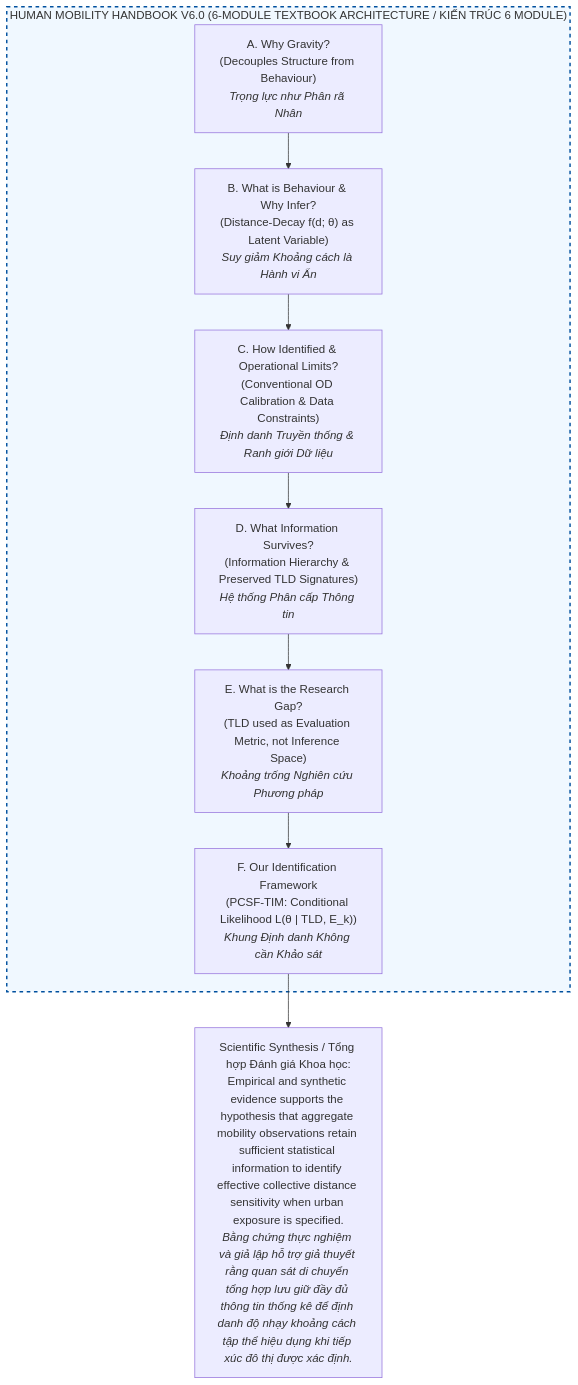
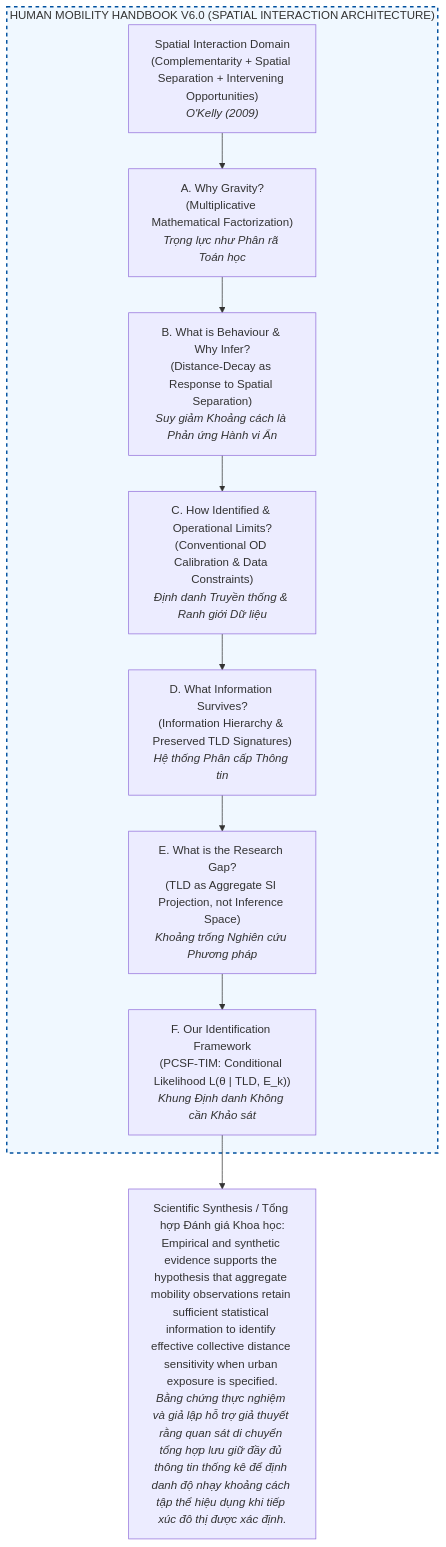
The first of 2 diagrams in Handbook.md (thinhnq-ibl/PCSF-TIM), drawn with Mermaid before and after one commit. The commit also changed other lines of this file and 3 other files, not shown here.

````diff
--- a/Handbook.md
+++ b/Handbook.md
@@ -147,14 +147,15 @@
 ```mermaid
 flowchart TD
-    subgraph Handbook ["HUMAN MOBILITY HANDBOOK V6.0 (6-MODULE TEXTBOOK ARCHITECTURE / KIẾN TRÚC 6 MODULE)"]
-        A["A. Why Gravity?<br>(Decouples Structure from Behaviour)<br><i>Trọng lực như Phân rã Nhân</i>"] --> B["B. What is Behaviour & Why Infer?<br>(Distance-Decay f(d; θ) as Latent Variable)<br><i>Suy giảm Khoảng cách là Hành vi Ẩn</i>"]
+    subgraph Handbook ["HUMAN MOBILITY HANDBOOK V6.0 (SPATIAL INTERACTION ARCHITECTURE)"]
+        SI["Spatial Interaction Domain<br>(Complementarity + Spatial Separation + Intervening Opportunities)<br><i>O'Kelly (2009)</i>"] --> A
+        A["A. Why Gravity?<br>(Multiplicative Mathematical Factorization)<br><i>Trọng lực như Phân rã Toán học</i>"] --> B["B. What is Behaviour & Why Infer?<br>(Distance-Decay as Response to Spatial Separation)<br><i>Suy giảm Khoảng cách là Phản ứng Hành vi Ẩn</i>"]
         B --> C["C. How Identified & Operational Limits?<br>(Conventional OD Calibration & Data Constraints)<br><i>Định danh Truyền thống & Ranh giới Dữ liệu</i>"]
         C --> D["D. What Information Survives?<br>(Information Hierarchy & Preserved TLD Signatures)<br><i>Hệ thống Phân cấp Thông tin</i>"]
-        D --> E["E. What is the Research Gap?<br>(TLD used as Evaluation Metric, not Inference Space)<br><i>Khoảng trống Nghiên cứu Phương pháp</i>"]
+        D --> E["E. What is the Research Gap?<br>(TLD as Aggregate SI Projection, not Inference Space)<br><i>Khoảng trống Nghiên cứu Phương pháp</i>"]
         E --> F["F. Our Identification Framework<br>(PCSF-TIM: Conditional Likelihood L(θ | TLD, E_k))<br><i>Khung Định danh Không cần Khảo sát</i>"]
     end
 
     F --> S["Scientific Synthesis / Tổng hợp Đánh giá Khoa học:<br>Empirical and synthetic evidence supports the hypothesis that aggregate mobility observations retain sufficient statistical information to identify effective collective distance sensitivity when urban exposure is specified.<br><i>Bằng chứng thực nghiệm và giả lập hỗ trợ giả thuyết rằng quan sát di chuyển tổng hợp lưu giữ đầy đủ thông tin thống kê để định danh độ nhạy khoảng cách tập thể hiệu dụng khi tiếp xúc đô thị được xác định.</i>"]
 
     style Handbook fill:#f0f8ff,stroke:#00509e,stroke-width:2px,stroke-dasharray: 5 5
 ```
````
